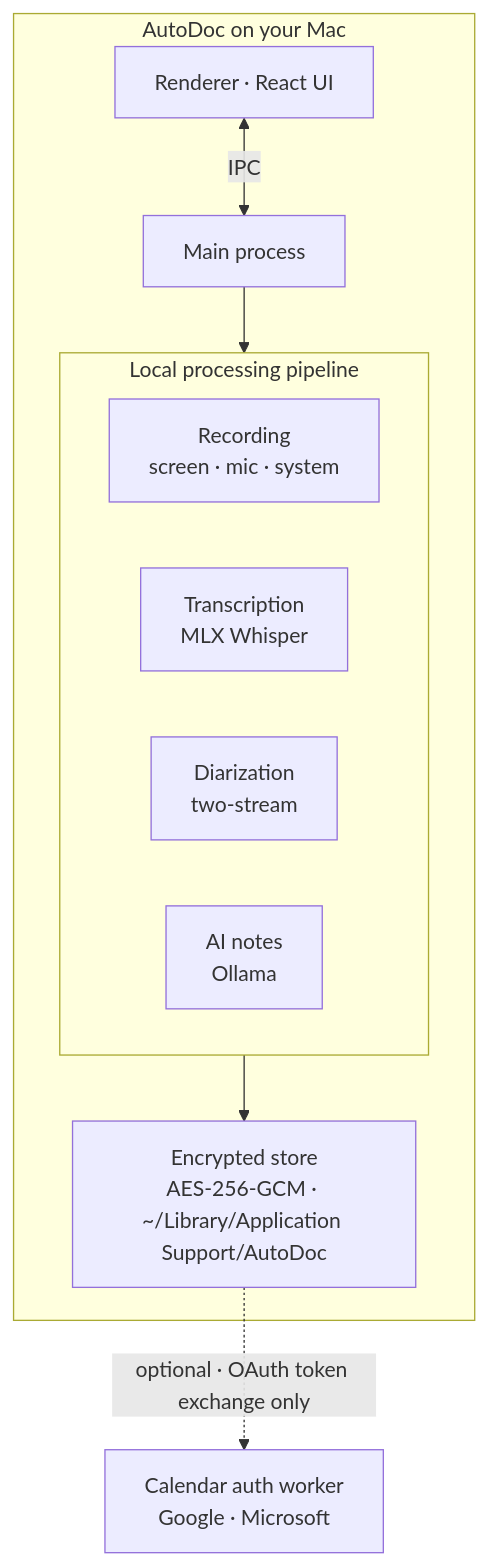
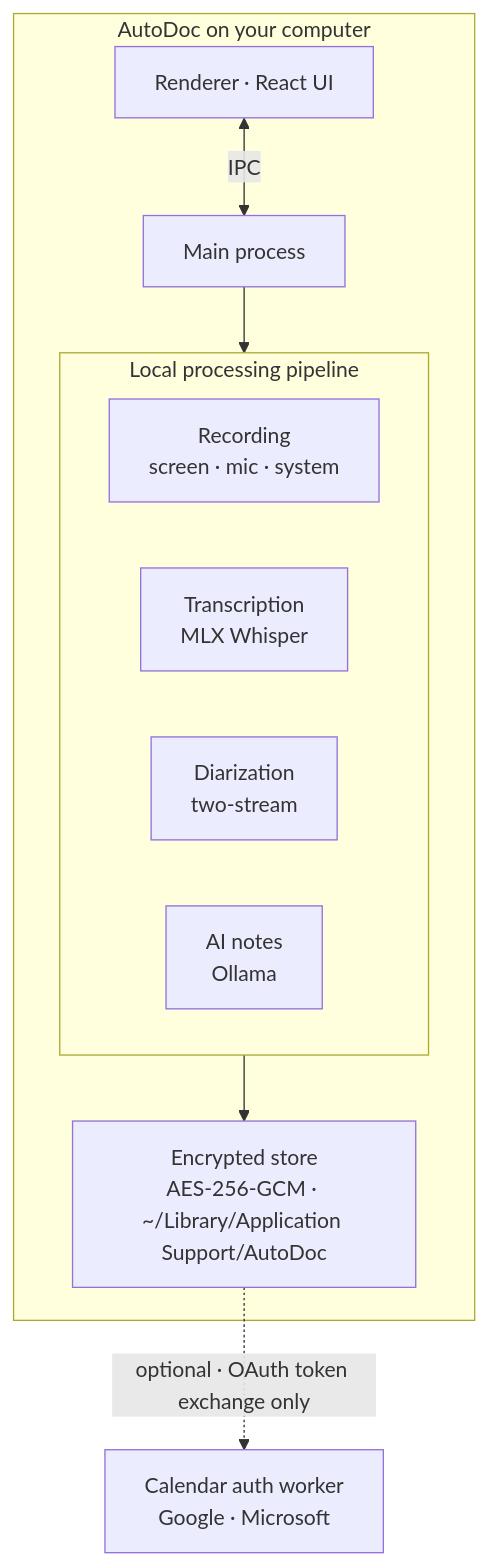
The diagram in README.md (DuetDisplay/AutoDoc), drawn with Mermaid before and after one commit. The commit also changed other lines of this file and 2 other files, not shown here.

````diff
--- a/README.md
+++ b/README.md
@@ -159,19 +169,19 @@
 ```mermaid
 flowchart TB
-  subgraph mac["AutoDoc on your Mac"]
+  subgraph mac["AutoDoc on your computer"]
     UI["Renderer · React UI"] <-->|IPC| Main["Main process"]
 
     subgraph pipeline["Local processing pipeline"]
       direction LR
       Rec["Recording<br/>screen · mic · system"]
       Trans["Transcription<br/>MLX Whisper"]
       Diar["Diarization<br/>two-stream"]
       Notes["AI notes<br/>Ollama"]
     end
 
     Main --> pipeline
     pipeline --> Store["Encrypted store<br/>AES-256-GCM · ~/Library/Application Support/AutoDoc"]
   end
 
   Store -.->|"optional · OAuth token exchange only"| Auth["Calendar auth worker<br/>Google · Microsoft"]
 ```
````
